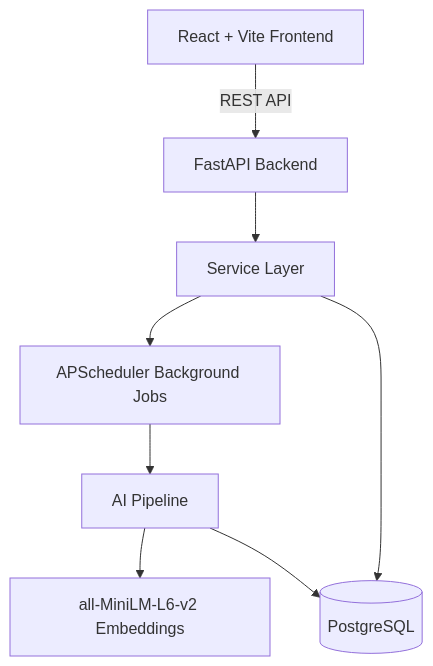
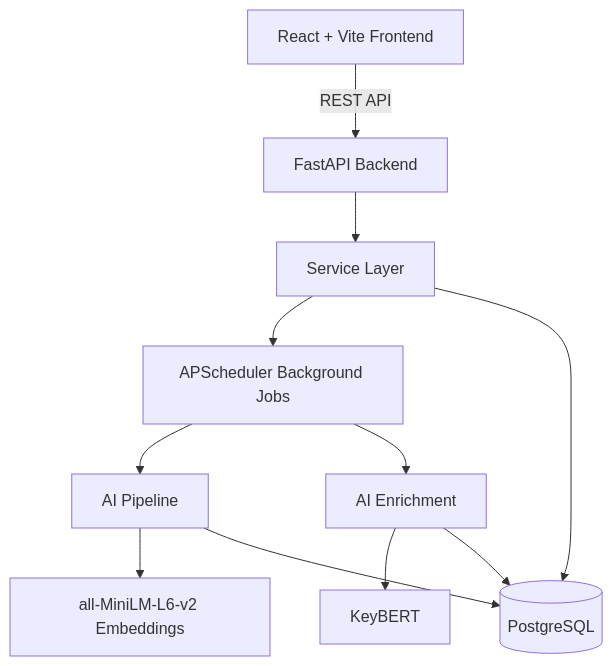
One commit to AmanMourya0/3R-Analyzer-Intelligence-Platform changed the diagram in docs/3R_ANALYZER_TECHNICAL_ARCHITECTURE.md. Above: the diagram before and after it, drawn with Mermaid. The commit also changed other lines of this file and 30 other files, not shown here.

````diff
--- a/docs/3R_ANALYZER_TECHNICAL_ARCHITECTURE.md
+++ b/docs/3R_ANALYZER_TECHNICAL_ARCHITECTURE.md
@@ -4,10 +4,13 @@
 ```mermaid
 graph TD
     UI[React + Vite Frontend] -->|REST API| API[FastAPI Backend]
     API --> Services[Service Layer]
     Services --> JobQueue[APScheduler Background Jobs]
     Services --> DB[(PostgreSQL)]
     JobQueue --> Pipeline[AI Pipeline]
     Pipeline --> Models[all-MiniLM-L6-v2 Embeddings]
+    JobQueue --> Enrichment[AI Enrichment]
+    Enrichment --> Keybert[KeyBERT]
     Pipeline --> DB
+    Enrichment --> DB
 ```
````
